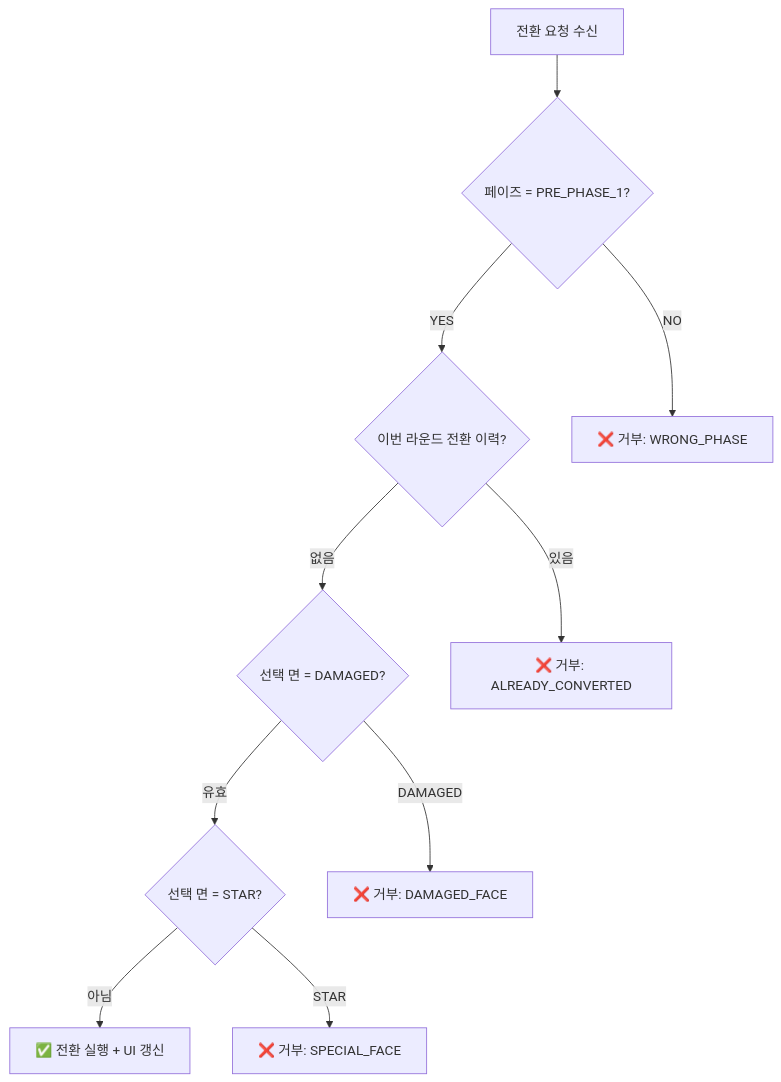
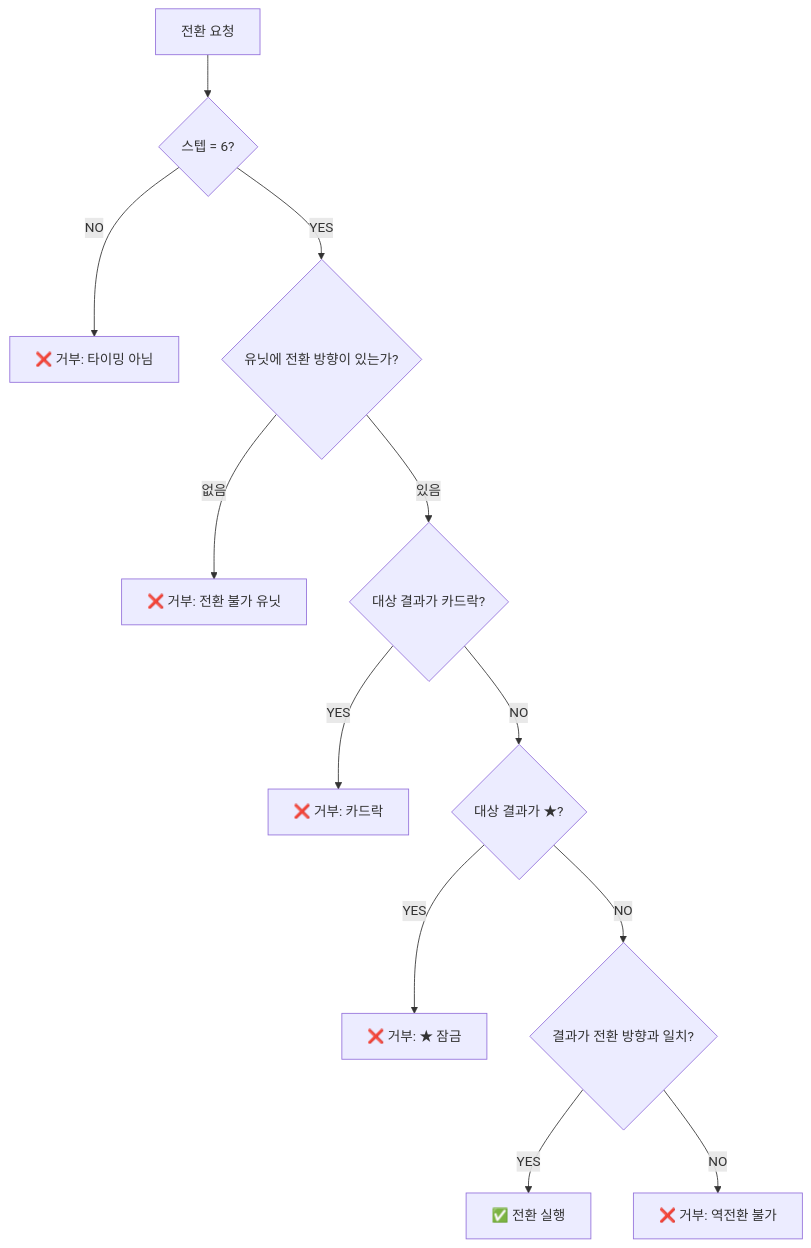
Before and after one commit to roam1215-beep/Chronicle-wiki: the diagram in 02_전투/행동/보병전환.md, drawn with Mermaid. The commit also changed other lines of this file and 1 other file, not shown here.

````diff
--- a/02_전투/행동/보병전환.md
+++ b/02_전투/행동/보병전환.md
@@ -47,12 +67,14 @@
 ```mermaid
 flowchart TD
-    A[전환 요청 수신] --> B{페이즈 = PRE_PHASE_1?}
-    B -->|YES| C{이번 라운드 전환 이력?}
-    B -->|NO| R1[❌ 거부: WRONG_PHASE]
-    C -->|없음| D{선택 면 = DAMAGED?}
-    C -->|있음| R2[❌ 거부: ALREADY_CONVERTED]
-    D -->|유효| E{선택 면 = STAR?}
-    D -->|DAMAGED| R3[❌ 거부: DAMAGED_FACE]
-    E -->|아님| F[✅ 전환 실행 + UI 갱신]
-    E -->|STAR| R4[❌ 거부: SPECIAL_FACE]
+    A[전환 요청] --> B{스텝 = 6?}
+    B -->|NO| R1["❌ 거부: 타이밍 아님"]
+    B -->|YES| C{유닛에 전환 방향이 있는가?}
+    C -->|없음| R2["❌ 거부: 전환 불가 유닛"]
+    C -->|있음| D{대상 결과가 카드락?}
+    D -->|YES| R3["❌ 거부: 카드락"]
+    D -->|NO| E{대상 결과가 ★?}
+    E -->|YES| R4["❌ 거부: ★ 잠금"]
+    E -->|NO| F{결과가 전환 방향과 일치?}
+    F -->|YES| G["✅ 전환 실행"]
+    F -->|NO| R5["❌ 거부: 역전환 불가"]
 ```
````
